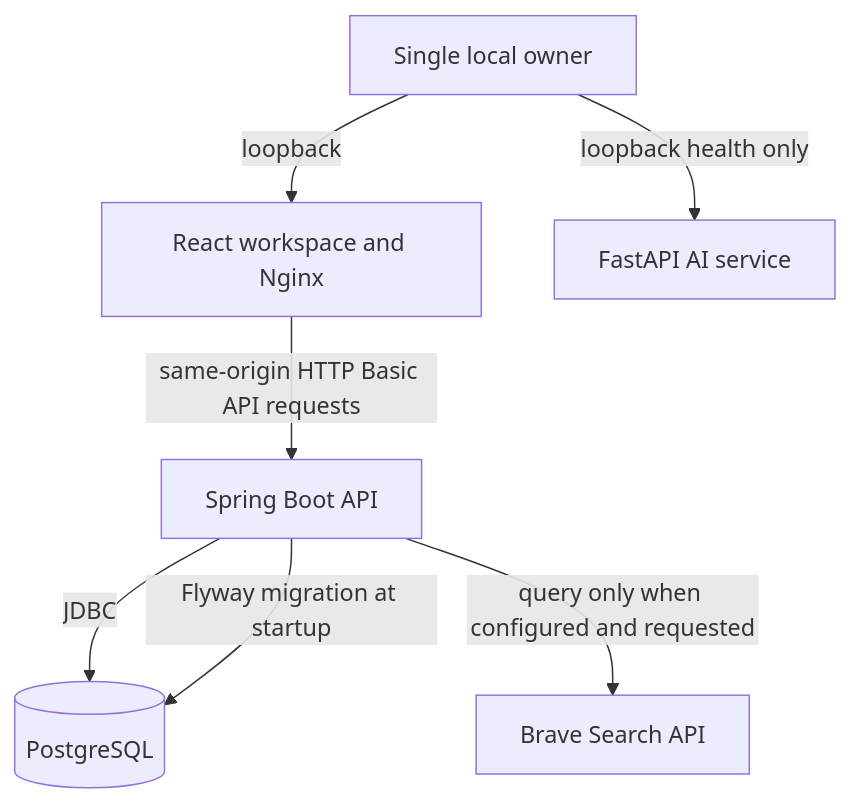
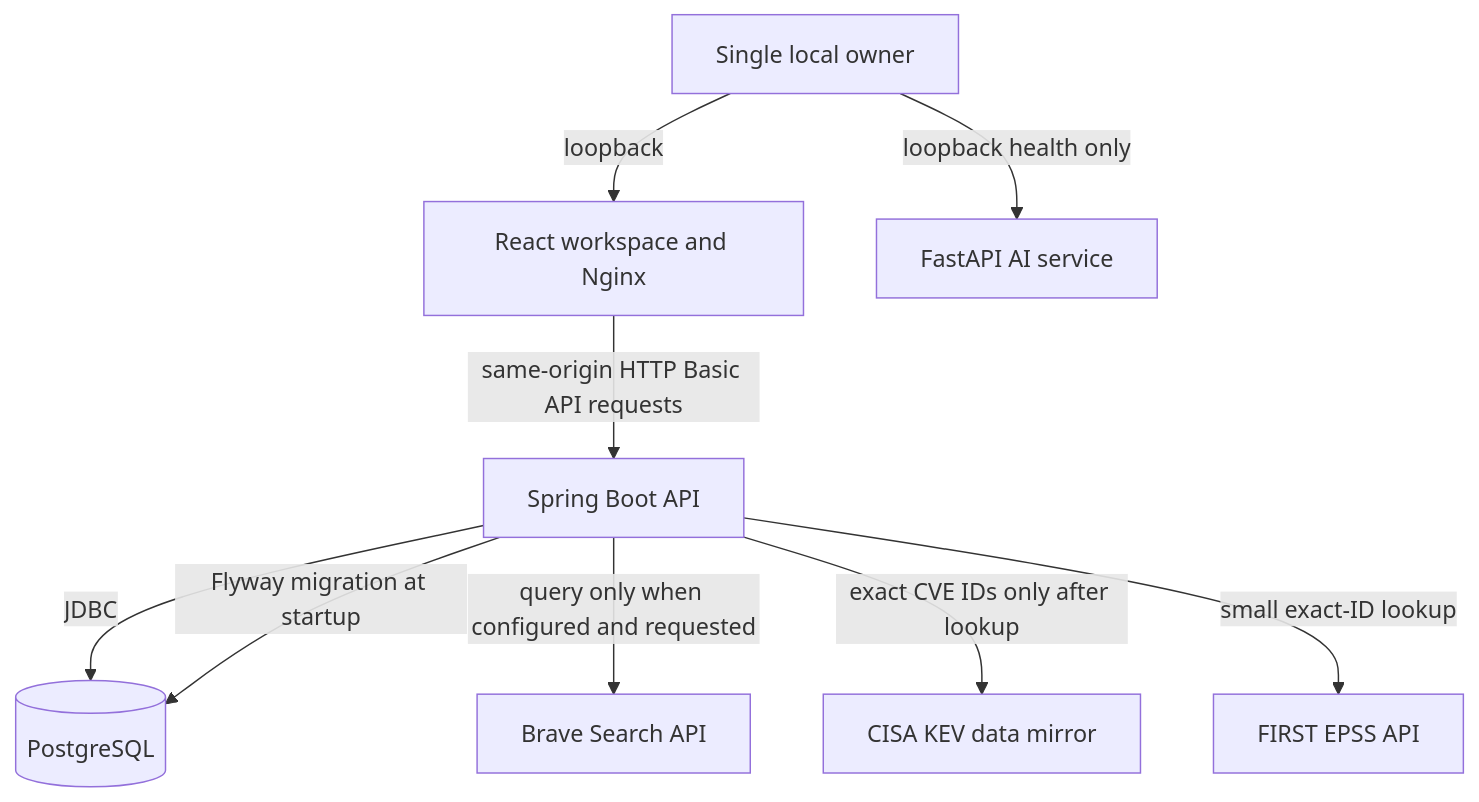
Before and after one commit to kavinash0310/aura-ai: the second of 5 diagrams in docs/02-architecture/SYSTEM-ARCHITECTURE.md, drawn with Mermaid. The commit also changed other lines of this file and 26 other files, not shown here.

Commit message:
feat: add defensive CVE intelligence lookup

```diff
--- a/docs/02-architecture/SYSTEM-ARCHITECTURE.md
+++ b/docs/02-architecture/SYSTEM-ARCHITECTURE.md
@@ -41,9 +41,11 @@
 ~~~mermaid
 flowchart TB
   Owner[Single local owner] -->|loopback| Web[React workspace and Nginx]
   Web -->|same-origin HTTP Basic API requests| Spring[Spring Boot API]
   Spring -->|JDBC| PostgreSQL[(PostgreSQL)]
   Spring -->|Flyway migration at startup| PostgreSQL
   Spring -->|query only when configured and requested| Brave[Brave Search API]
+  Spring -->|exact CVE IDs only after lookup| CISA[CISA KEV data mirror]
+  Spring -->|small exact-ID lookup| FIRST[FIRST EPSS API]
   Owner -->|loopback health only| Python[FastAPI AI service]
 ~~~
```
